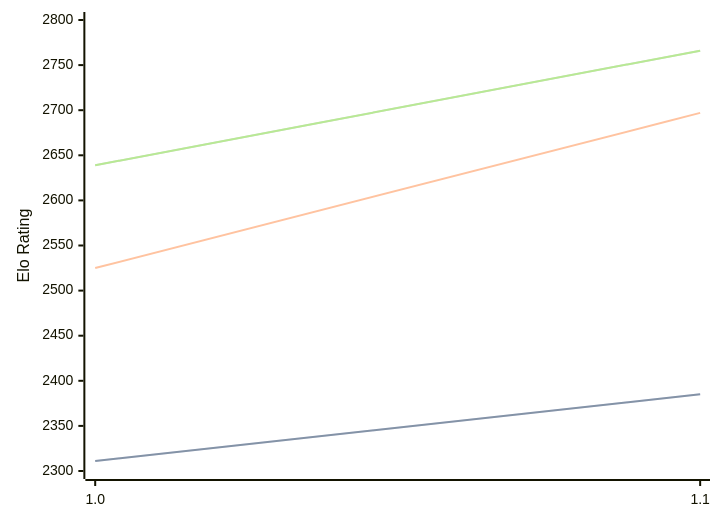
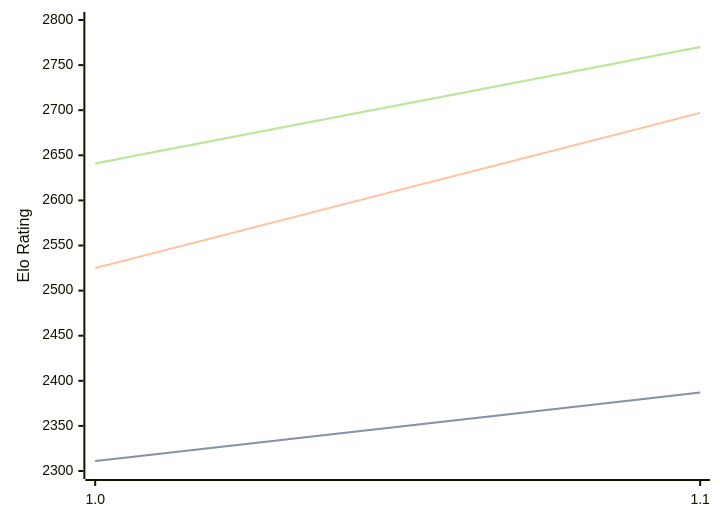
Before and after one commit to computer-chess-index/cci: the diagram in engines/FoxChess.md, drawn with Mermaid. The commit also changed other lines of this file, not shown here.

Commit message:
Update CCI Ratings (ELO VLTC) - 2026-05-21

````diff
--- a/engines/FoxChess.md
+++ b/engines/FoxChess.md
@@ -32,11 +32,11 @@
 ```mermaid
 %%{init: {"theme":"base","themeVariables":{"seriesColors:['#a3a3a3','#222221','#faa371']}}}%%
 xychart-beta
   x-axis ["1.0", "1.1"]
   y-axis "Elo Rating" 2300 --> 2800
-  line "STC (8.0+0.08s)" [2311, 2385]
-  line "STC (8.0+0.08s)" [2311, 2385]
+  line "STC (8.0+0.08s)" [2311, 2387]
+  line "STC (8.0+0.08s)" [2311, 2387]
   line "LTC (60.0+0.60s)" [2525, 2697]
-  line "VLTC (2m24s+1.12s)" [2639, 2766]
-  line "VLTC (2m24s+1.12s)" [2639, 2766]
+  line "VLTC (2m24s+1.12s)" [2641, 2770]
+  line "VLTC (2m24s+1.12s)" [2641, 2770]
 ```
````
